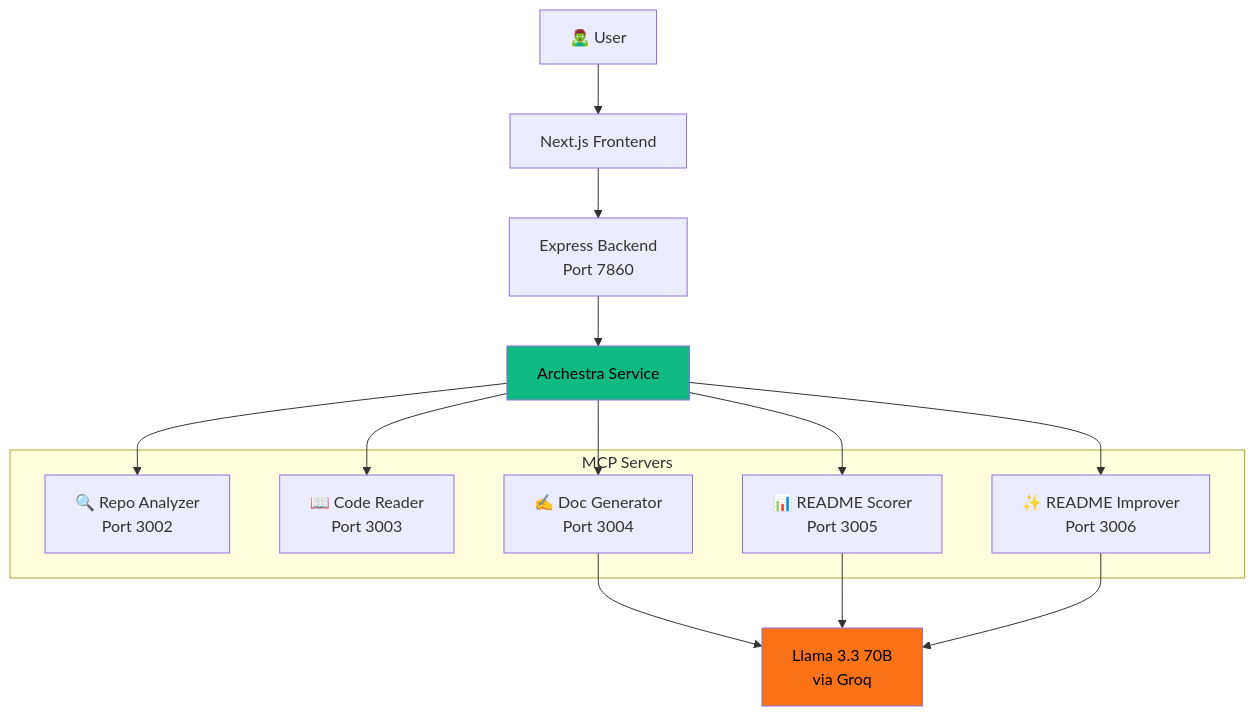
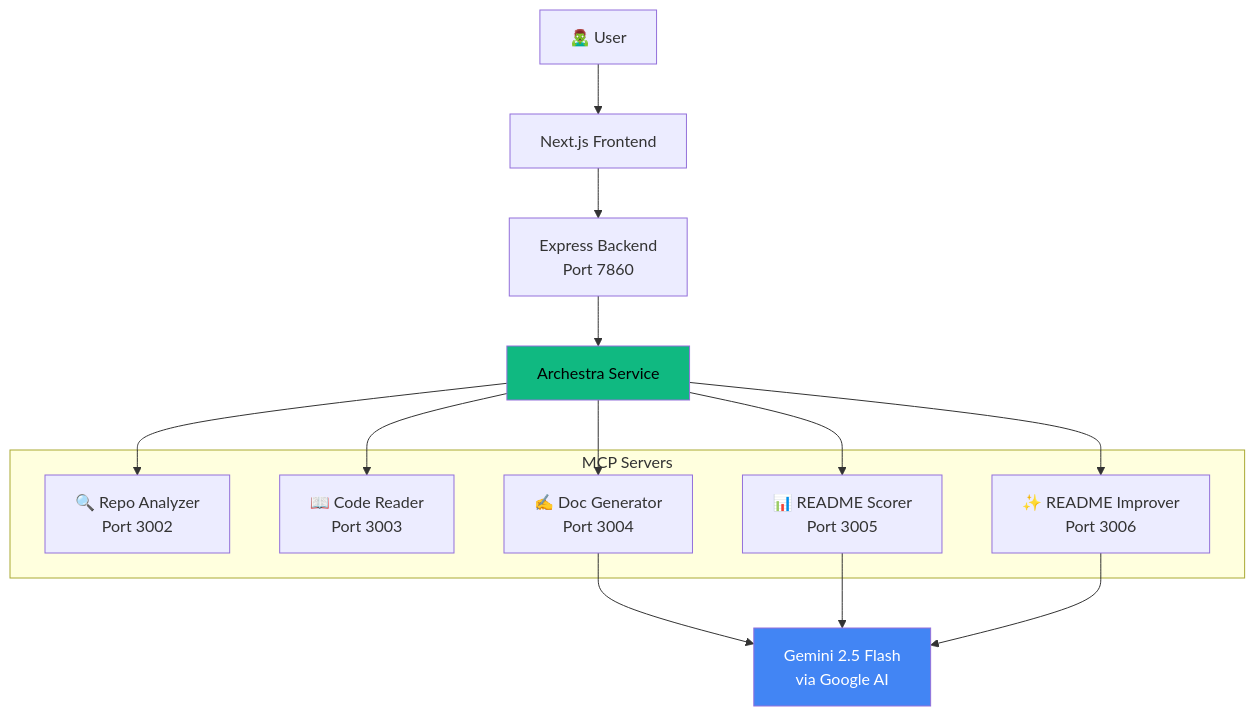
One commit to yadnyeshkolte/readmere changed the first of 2 diagrams in README.md. Above: the diagram before and after it, drawn with Mermaid. The commit also changed other lines of this file and 13 other files, not shown here.

````diff
--- a/README.md
+++ b/README.md
@@ -27,27 +27,27 @@
 ```mermaid
 graph TB
     User[🧟‍♂️ User] --> Frontend[Next.js Frontend]
     Frontend --> Backend[Express Backend<br/>Port 7860]
     Backend --> Archestra[Archestra Service]
     
     subgraph "MCP Servers"
         RA[🔍 Repo Analyzer<br/>Port 3002]
         CR[📖 Code Reader<br/>Port 3003]
         DG[✍️ Doc Generator<br/>Port 3004]
         RS[📊 README Scorer<br/>Port 3005]
         RI[✨ README Improver<br/>Port 3006]
     end
     
     Archestra --> RA
     Archestra --> CR
     Archestra --> DG
     Archestra --> RS
     Archestra --> RI
     
-    DG --> Groq[Llama 3.3 70B<br/>via Groq]
-    RS --> Groq
-    RI --> Groq
+    DG --> Gemini[Gemini 2.5 Flash<br/>via Google AI]
+    RS --> Gemini
+    RI --> Gemini
     
     style Archestra fill:#10b981,color:#000
-    style Groq fill:#f97316,color:#000
+    style Gemini fill:#4285F4,color:#fff
 ```
````
